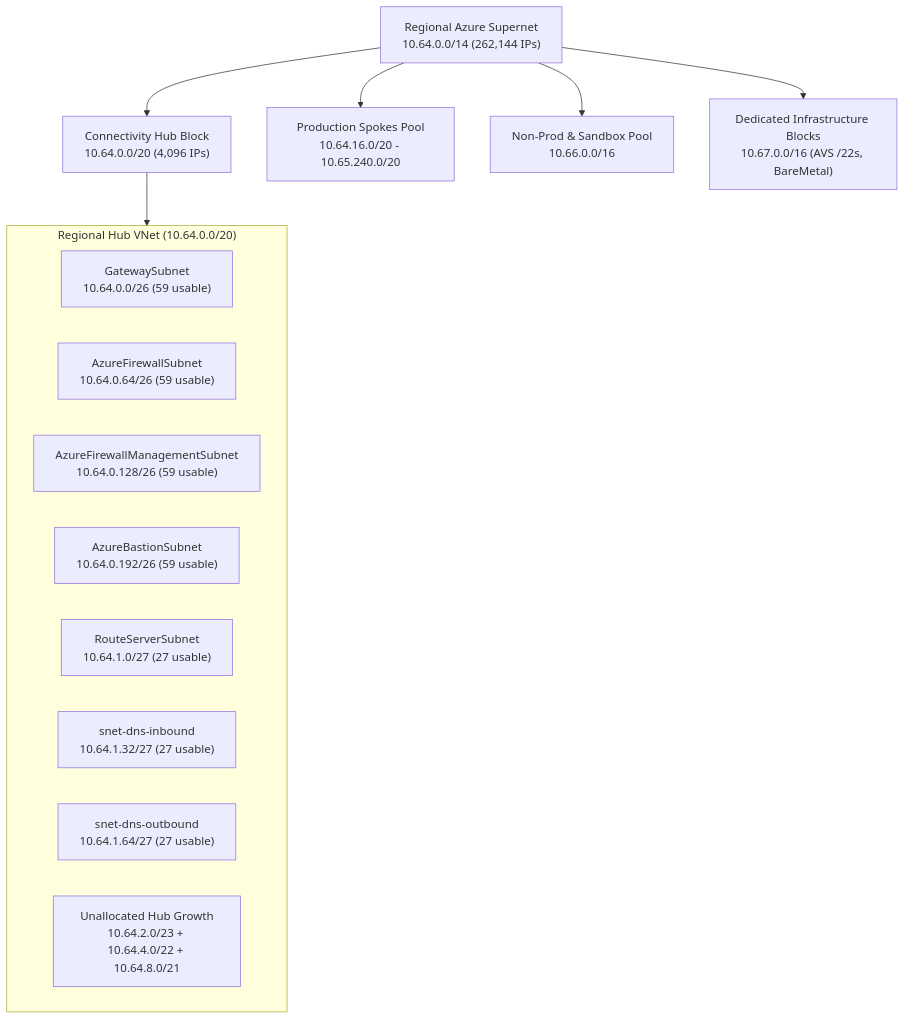
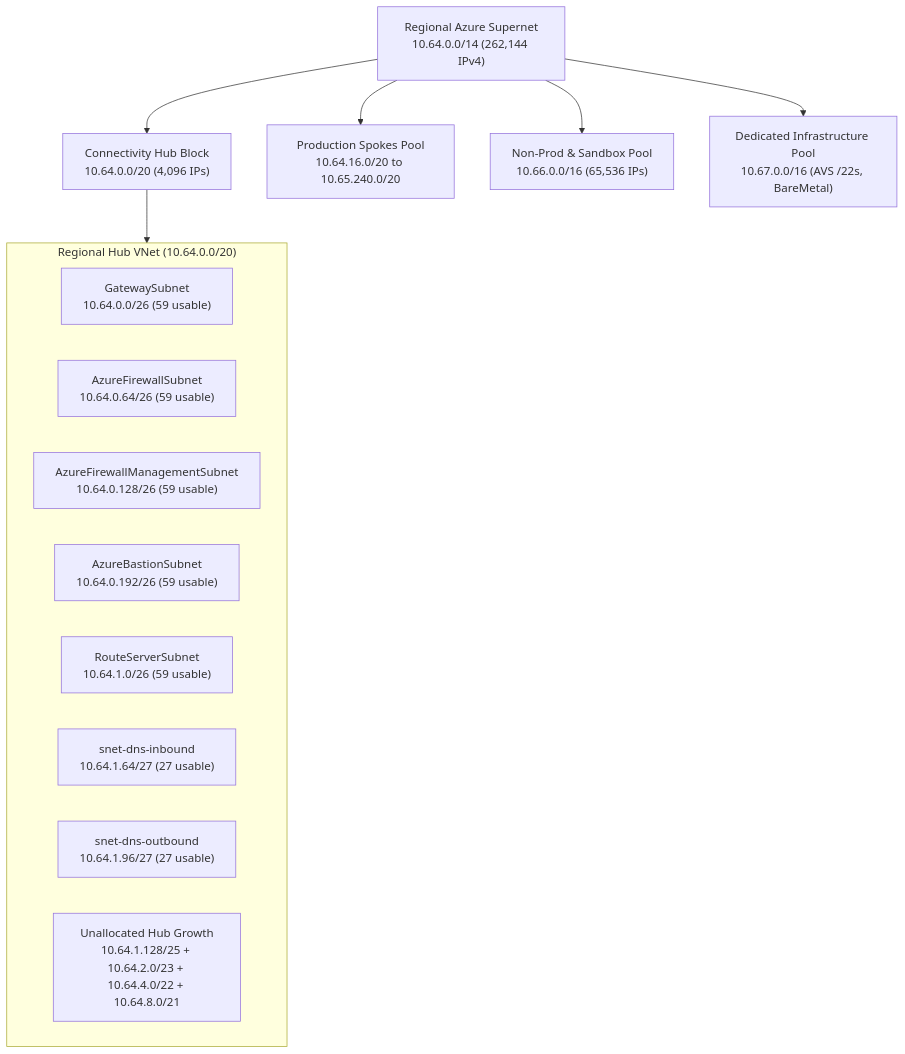
One commit to jonathan-vella/azure-networking changed the diagram in src/content/docs/01-foundations/vnet-and-ip-addressing.md. Above: the diagram before and after it, drawn with Mermaid. The commit also changed other lines of this file and 5 other files, not shown here.

````diff
--- a/src/content/docs/01-foundations/vnet-and-ip-addressing.md
+++ b/src/content/docs/01-foundations/vnet-and-ip-addressing.md
@@ -26,27 +28,27 @@
 ```mermaid
 flowchart TB
-  Supernet["Regional Azure Supernet<br/>10.64.0.0/14 (262,144 IPs)"]
+  Supernet["Regional Azure Supernet<br/>10.64.0.0/14 (262,144 IPv4)"]
 
   HubBlock["Connectivity Hub Block<br/>10.64.0.0/20 (4,096 IPs)"]
-  ProdBlock["Production Spokes Pool<br/>10.64.16.0/20 - 10.65.240.0/20"]
-  NonProdBlock["Non-Prod & Sandbox Pool<br/>10.66.0.0/16"]
-  SpecialBlock["Dedicated Infrastructure Blocks<br/>10.67.0.0/16 (AVS /22s, BareMetal)"]
+  ProdBlock["Production Spokes Pool<br/>10.64.16.0/20 to 10.65.240.0/20"]
+  NonProdBlock["Non-Prod & Sandbox Pool<br/>10.66.0.0/16 (65,536 IPs)"]
+  SpecialBlock["Dedicated Infrastructure Pool<br/>10.67.0.0/16 (AVS /22s, BareMetal)"]
 
   Supernet --> HubBlock
   Supernet --> ProdBlock
   Supernet --> NonProdBlock
   Supernet --> SpecialBlock
 
   subgraph HubVNet["Regional Hub VNet (10.64.0.0/20)"]
     GW["GatewaySubnet<br/>10.64.0.0/26 (59 usable)"]
     AFW["AzureFirewallSubnet<br/>10.64.0.64/26 (59 usable)"]
     AFWMgmt["AzureFirewallManagementSubnet<br/>10.64.0.128/26 (59 usable)"]
     Bastion["AzureBastionSubnet<br/>10.64.0.192/26 (59 usable)"]
-    ARS["RouteServerSubnet<br/>10.64.1.0/27 (27 usable)"]
-    DNSIn["snet-dns-inbound<br/>10.64.1.32/27 (27 usable)"]
-    DNSOut["snet-dns-outbound<br/>10.64.1.64/27 (27 usable)"]
-    Headroom["Unallocated Hub Growth<br/>10.64.2.0/23 + 10.64.4.0/22 + 10.64.8.0/21"]
+    ARS["RouteServerSubnet<br/>10.64.1.0/26 (59 usable)"]
+    DNSIn["snet-dns-inbound<br/>10.64.1.64/27 (27 usable)"]
+    DNSOut["snet-dns-outbound<br/>10.64.1.96/27 (27 usable)"]
+    Headroom["Unallocated Hub Growth<br/>10.64.1.128/25 + 10.64.2.0/23 + 10.64.4.0/22 + 10.64.8.0/21"]
   end
 
   HubBlock --> HubVNet
 ```
````
